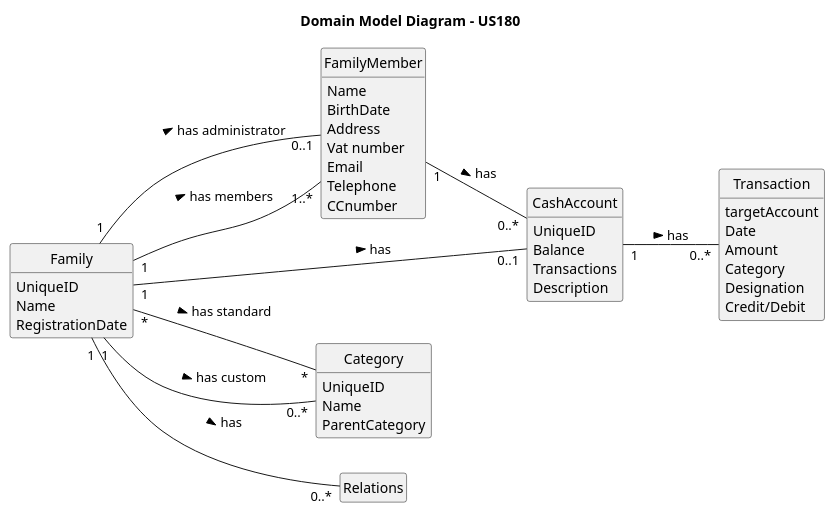
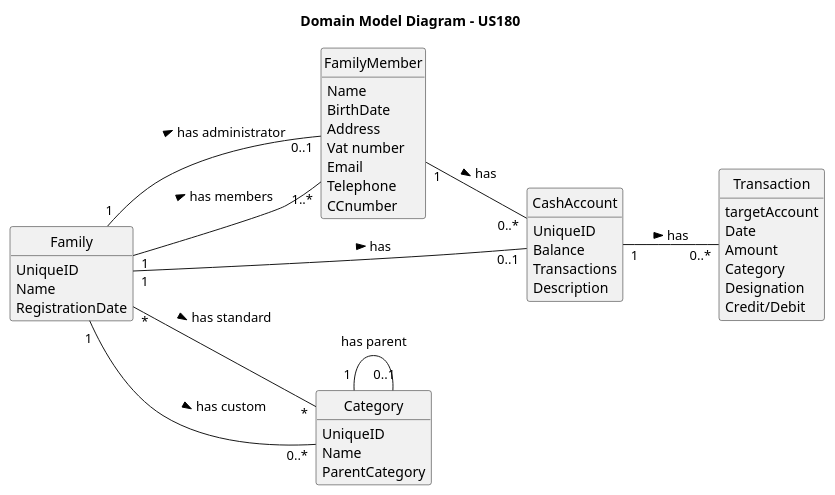
Before and after one commit to tomas-osswald/switch_2020_g3: the second of 6 diagrams in docs/sprint2/user_stories/US180_TransferMoneyFamilyMemberToFamilyMember.md, drawn with PlantUML. The commit also changed other lines of this file, not shown here.

Commit message:
update domain model diagram US180

`````diff
--- a/docs/sprint2/user_stories/US180_TransferMoneyFamilyMemberToFamilyMember.md
+++ b/docs/sprint2/user_stories/US180_TransferMoneyFamilyMemberToFamilyMember.md
@@ -62,53 +62,53 @@
 ```puml
 hide empty members
 hide circles
 left to right direction
 title Domain Model Diagram - US180
 
 class Family {
 UniqueID
 Name
 RegistrationDate
 }
 
 class FamilyMember {
 Name
 BirthDate
 Address
 Vat number
 Email
 Telephone
 CCnumber
 }
 
 class CashAccount {
 UniqueID
 Balance
 Transactions
 Description
 }
 
 class Category {
 UniqueID
 Name
 ParentCategory
 }
 
 class Transaction {
 targetAccount
 Date
 Amount
 Category
 Designation
 Credit/Debit
 }
 
 Family "*" -- "*" Category : has standard >
 Family "1" -- "0..*" Category : has custom >
 Family "1" -- "0..1" CashAccount : has >
 Family "1" -- "0..1" FamilyMember : has administrator >
 Family "1" -- "1..*" FamilyMember : has members >
-Family "1" -- "0..*" Relations : has >
+Category "1" -- "0..1" Category : has parent
 FamilyMember "1" -- "0..*" CashAccount : has >
 CashAccount "1" -- "0..*" Transaction : has >
 ````
`````
